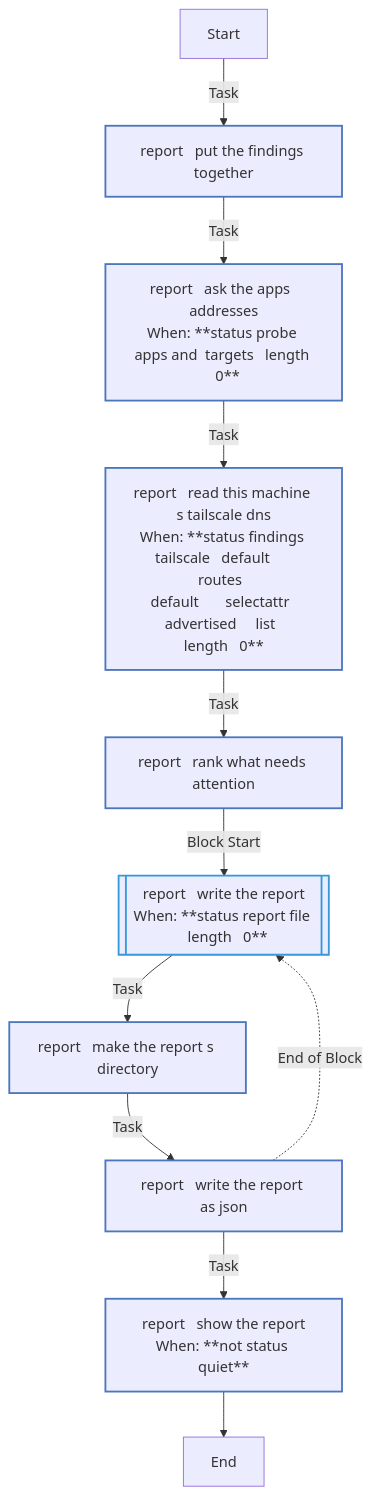
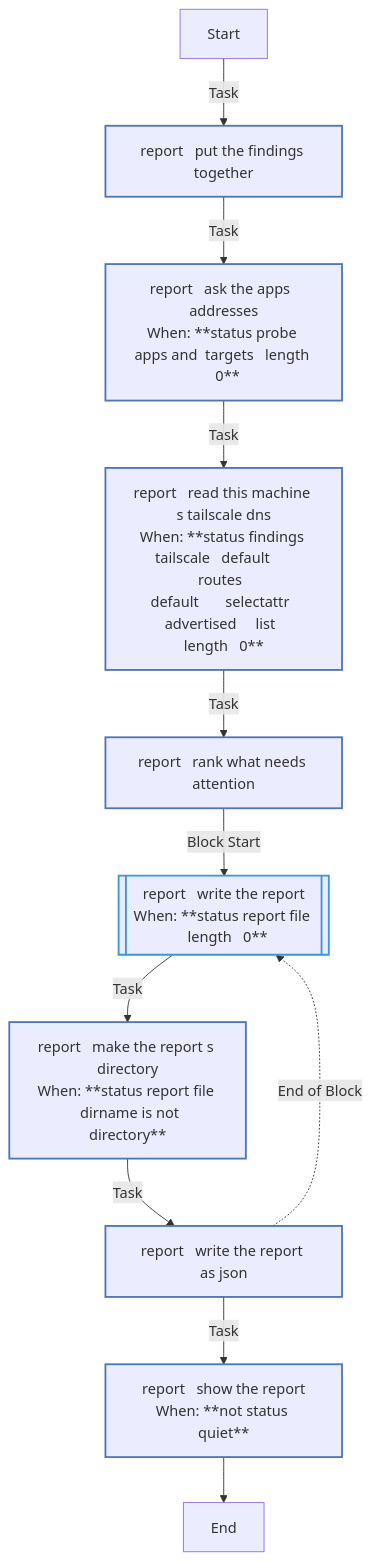
One commit to kawadeomkar/homeserver changed the fourth of 4 diagrams in roles/status/REFERENCE.md. Above: the diagram before and after it, drawn with Mermaid. The commit also changed other lines of this file and 20 other files, not shown here.

````diff
--- a/roles/status/REFERENCE.md
+++ b/roles/status/REFERENCE.md
@@ -715,23 +715,23 @@
 ```mermaid
 flowchart TD
 Start
 classDef block stroke:#3498db,stroke-width:2px;
 classDef task stroke:#4b76bb,stroke-width:2px;
 classDef includeTasks stroke:#16a085,stroke-width:2px;
 classDef importTasks stroke:#34495e,stroke-width:2px;
 classDef includeRole stroke:#2980b9,stroke-width:2px;
 classDef importRole stroke:#699ba7,stroke-width:2px;
 classDef includeVars stroke:#8e44ad,stroke-width:2px;
 classDef rescue stroke:#665352,stroke-width:2px;
 
   Start-->|Task| report___Put_the_findings_together0[report   put the findings together]:::task
   report___Put_the_findings_together0-->|Task| report___Ask_the_apps__addresses1[report   ask the apps  addresses<br>When: **status probe apps and  targets   length   0**]:::task
   report___Ask_the_apps__addresses1-->|Task| report___Read_this_machine_s_Tailscale_DNS2[report   read this machine s tailscale dns<br>When: **status findings tailscale   default      routes  <br>default       selectattr  advertised     list  <br>length   0**]:::task
   report___Read_this_machine_s_Tailscale_DNS2-->|Task| report___Rank_what_needs_attention3[report   rank what needs attention]:::task
   report___Rank_what_needs_attention3-->|Block Start| report___Write_the_report4_block_start_0[[report   write the report<br>When: **status report file   length   0**]]:::block
-  report___Write_the_report4_block_start_0-->|Task| report___Make_the_report_s_directory0[report   make the report s directory]:::task
+  report___Write_the_report4_block_start_0-->|Task| report___Make_the_report_s_directory0[report   make the report s directory<br>When: **status report file   dirname is not directory**]:::task
   report___Make_the_report_s_directory0-->|Task| report___Write_the_report_as_JSON1[report   write the report as json]:::task
   report___Write_the_report_as_JSON1-.->|End of Block| report___Write_the_report4_block_start_0
   report___Write_the_report_as_JSON1-->|Task| report___Show_the_report5[report   show the report<br>When: **not status quiet**]:::task
   report___Show_the_report5-->End
 ```
````
